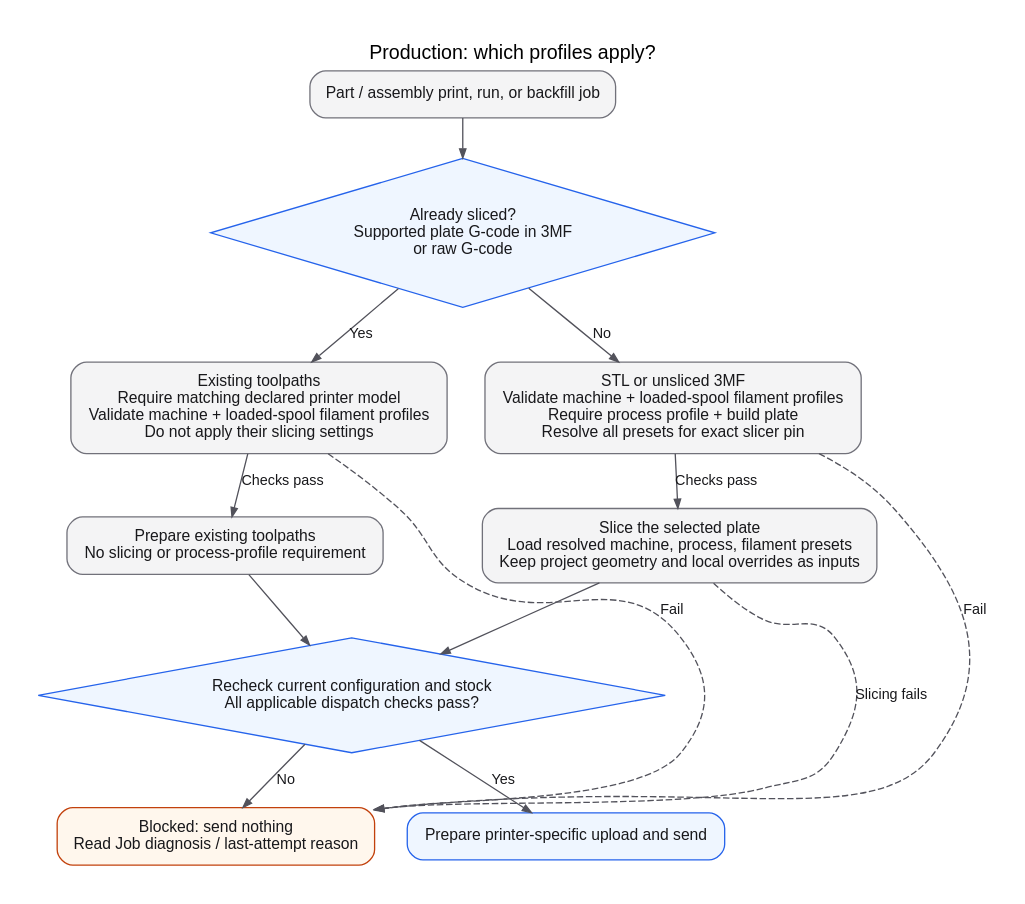
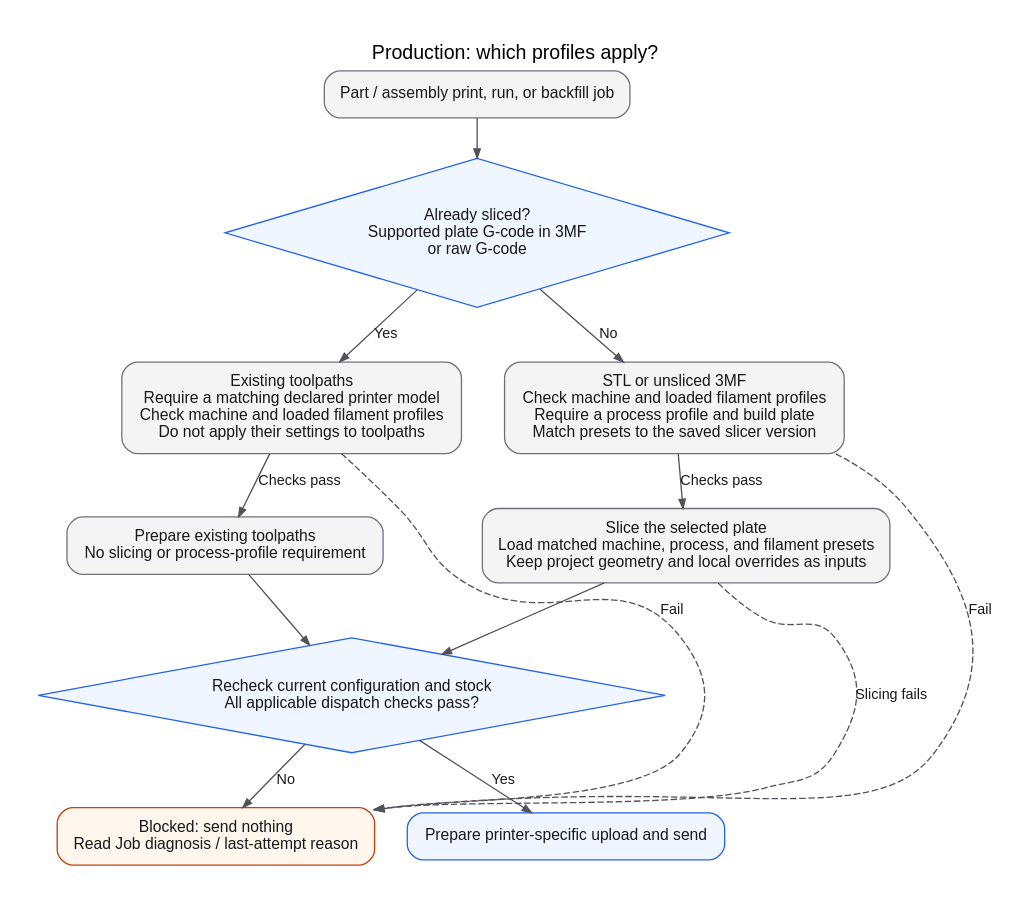
Before and after one commit to getopenfarm/openfarm: the diagram in dev-notes/diagrams/profile-production-flow.dot, drawn with Graphviz. The commit also changed 39 other files, not shown here.

```diff
--- a/dev-notes/diagrams/profile-production-flow.dot
+++ b/dev-notes/diagrams/profile-production-flow.dot
@@ -1,31 +1,31 @@
 // Regenerate from the repository root:
 // dot -Tsvg dev-notes/diagrams/profile-production-flow.dot -o docs/static/img/profile-production-flow.svg
 digraph ProfileProduction {
   graph [rankdir=TB, bgcolor="#ffffff", pad="0.3", nodesep="0.35", ranksep="0.4", fontname="Arial", fontsize=15, label="Production: which profiles apply?", labelloc=t];
   node [shape=box, style="rounded,filled", fillcolor="#f4f4f5", color="#71717a", fontname="Arial", fontsize=12, margin="0.18,0.12", fontcolor="#18181b"];
   edge [fontname="Arial", fontsize=11, color="#52525b", fontcolor="#18181b", arrowsize=0.7];
   start [label="Part / assembly print, run, or backfill job"];
   sliced [shape=diamond, style=filled, fillcolor="#eff6ff", color="#2563eb", label="Already sliced?\nSupported plate G-code in 3MF\nor raw G-code"];
-  stored [label="Existing toolpaths\nRequire matching declared printer model\nValidate machine + loaded-spool filament profiles\nDo not apply their slicing settings"];
-  newfile [label="STL or unsliced 3MF\nValidate machine + loaded-spool filament profiles\nRequire process profile + build plate\nResolve all presets for exact slicer pin"];
+  stored [label="Existing toolpaths\nRequire a matching declared printer model\nCheck machine and loaded filament profiles\nDo not apply their settings to toolpaths"];
+  newfile [label="STL or unsliced 3MF\nCheck machine and loaded filament profiles\nRequire a process profile and build plate\nMatch presets to the saved slicer version"];
   keep [label="Prepare existing toolpaths\nNo slicing or process-profile requirement"];
-  slice [label="Slice the selected plate\nLoad resolved machine, process, filament presets\nKeep project geometry and local overrides as inputs"];
+  slice [label="Slice the selected plate\nLoad matched machine, process, and filament presets\nKeep project geometry and local overrides as inputs"];
   check [label="Recheck current configuration and stock\nAll applicable dispatch checks pass?", shape=diamond, style=filled, fillcolor="#eff6ff", color="#2563eb"];
   blocked [label="Blocked: send nothing\nRead Job diagnosis / last-attempt reason", fillcolor="#fff7ed", color="#c2410c"];
   send [label="Prepare printer-specific upload and send", fillcolor="#eff6ff", color="#2563eb"];
   start -> sliced;
   sliced -> stored [label="Yes"];
   sliced -> newfile [label="No"];
   stored -> keep [label="Checks pass"];
   newfile -> slice [label="Checks pass"];
   stored -> blocked [label="Fail", style=dashed, constraint=false];
   newfile -> blocked [label="Fail", style=dashed, constraint=false];
   keep -> check;
   slice -> check;
   check -> send [label="Yes"];
   check -> blocked [label="No"];
   slice -> blocked [label="Slicing fails", style=dashed, constraint=false];
   { rank=same; stored; newfile; }
   { rank=same; keep; slice; }
   { rank=same; send; blocked; }
 }
```
